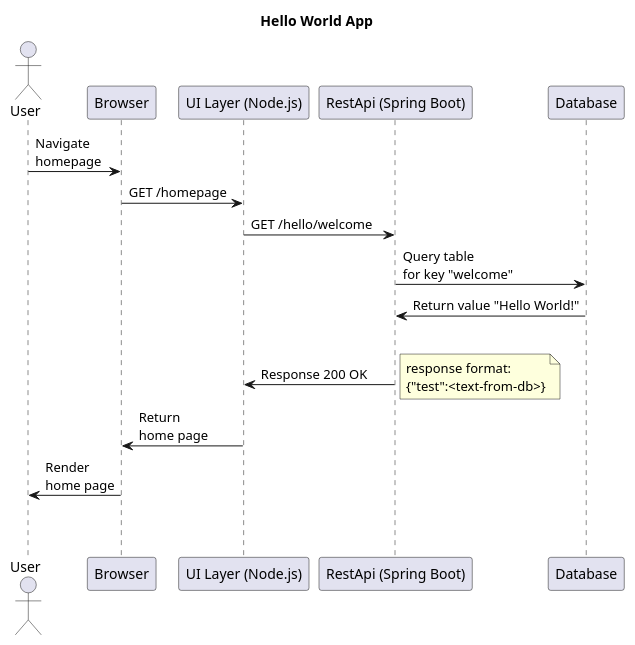
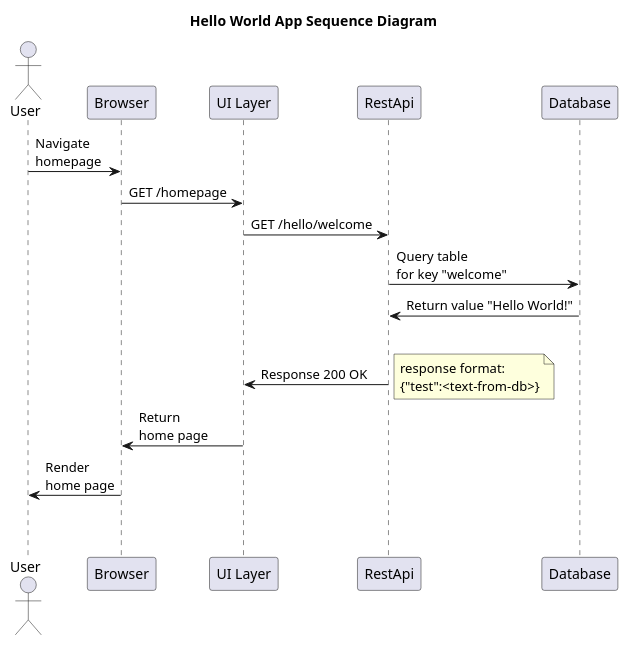
One commit to AlfrescoArchive/alfresco-anaxes-shipyard changed the diagram in examples/hello-world/diagrams/sequence-diagram.puml. Above: the diagram before and after it, drawn with PlantUML. The commit also changed 3 other files, not shown here.

```diff
--- a/examples/hello-world/diagrams/sequence-diagram.puml
+++ b/examples/hello-world/diagrams/sequence-diagram.puml
@@ -1,26 +1,26 @@
 @startuml
 
-Title: Hello World App
+Title: Hello World App Sequence Diagram
 
 actor "User" as U
 participant "Browser" as B
-participant "UI Layer (Node.js)" as UI
-participant "RestApi (Spring Boot)" as RA
+participant "UI Layer" as UI
+participant "RestApi" as RA
 participant "Database" as DB
 
 U -> B: Navigate\nhomepage
 B -> UI: GET /homepage
 UI -> RA: GET /hello/welcome
 RA -> DB:Query table\nfor key "welcome"
 DB -> RA:Return value "Hello World!"
 |||
 RA -> UI:Response 200 OK
 note right
 response format:
 {"test":<text-from-db>}
 end note
 UI -> B: Return\nhome page
 B -> U: Render\nhome page
 ||45||
 
 @enduml 
```
